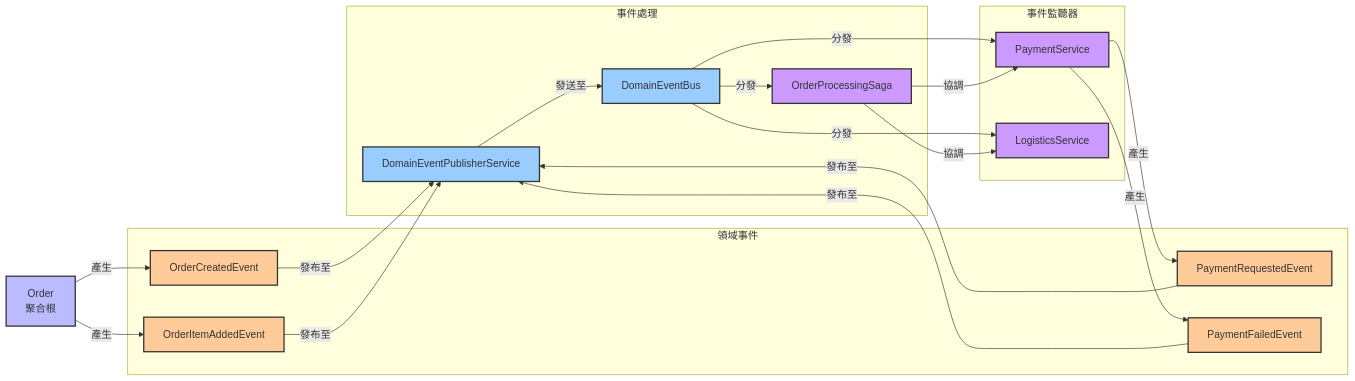
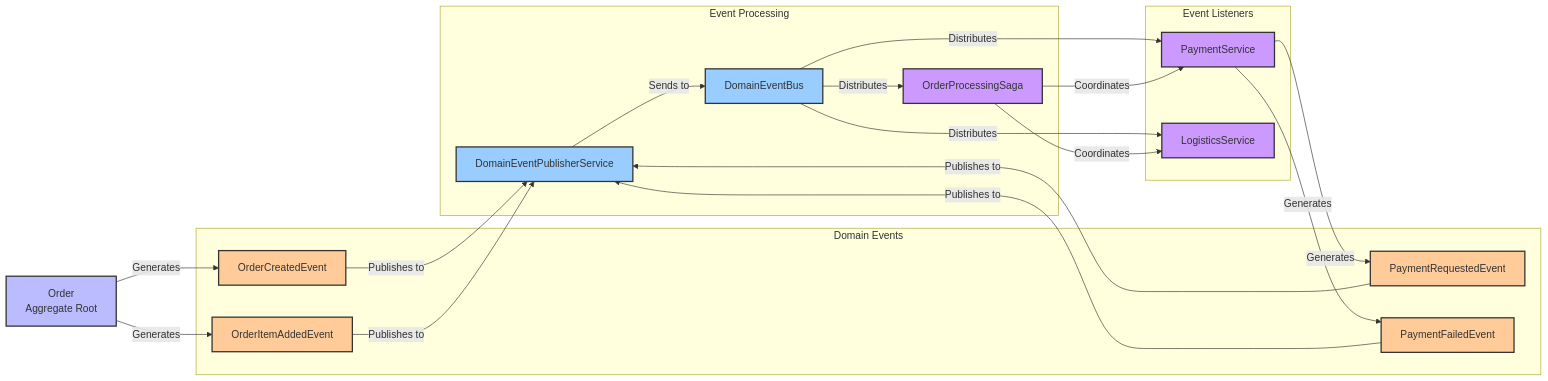
Before and after one commit to humank/genai-demo: the diagram in docs/viewpoints/information/README.md, drawn with Mermaid. The commit also changed other lines of this file and 453 other files, not shown here.

First line of the commit message:
feat: Complete translation of key architecture and API documentation

````diff
--- a/docs/viewpoints/information/README.md
+++ b/docs/viewpoints/information/README.md
@@ -110,45 +111,45 @@
 ```mermaid
 graph LR
-    subgraph 領域事件 ["領域事件"]
+    subgraph Domain Events ["Domain Events"]
         OCE[OrderCreatedEvent]
         OIAE[OrderItemAddedEvent]
         PRE[PaymentRequestedEvent]
         PFE[PaymentFailedEvent]
     end
     
-    subgraph 事件處理 ["事件處理"]
+    subgraph Event Processing ["Event Processing"]
         EP[DomainEventPublisherService]
         EB[DomainEventBus]
         OS[OrderProcessingSaga]
     end
     
-    subgraph 事件監聽器 ["事件監聽器"]
+    subgraph Event Listeners ["Event Listeners"]
         PS[PaymentService]
         LS[LogisticsService]
     end
     
-    AGG[Order<br>聚合根] -->|產生| OCE
-    AGG -->|產生| OIAE
-    OCE -->|發布至| EP
-    OIAE -->|發布至| EP
-    EP -->|發送至| EB
-    EB -->|分發| OS
-    EB -->|分發| PS
-    EB -->|分發| LS
-    OS -->|協調| PS
-    OS -->|協調| LS
-    PS -->|產生| PRE
-    PS -->|產生| PFE
-    PRE -->|發布至| EP
-    PFE -->|發布至| EP
+    AGG[Order<br>Aggregate Root] -->|Generates| OCE
+    AGG -->|Generates| OIAE
+    OCE -->|Publishes to| EP
+    OIAE -->|Publishes to| EP
+    EP -->|Sends to| EB
+    EB -->|Distributes| OS
+    EB -->|Distributes| PS
+    EB -->|Distributes| LS
+    OS -->|Coordinates| PS
+    OS -->|Coordinates| LS
+    PS -->|Generates| PRE
+    PS -->|Generates| PFE
+    PRE -->|Publishes to| EP
+    PFE -->|Publishes to| EP
     
     classDef event fill:#ffcc99,stroke:#333,stroke-width:2px
     classDef publisher fill:#99ccff,stroke:#333,stroke-width:2px
     classDef handler fill:#cc99ff,stroke:#333,stroke-width:2px
     classDef aggregateRoot fill:#bbf,stroke:#333,stroke-width:2px
     
     class OCE,OIAE,PRE,PFE event
     class EP,EB publisher
     class OS,PS,LS handler
     class AGG aggregateRoot
 ```
````
